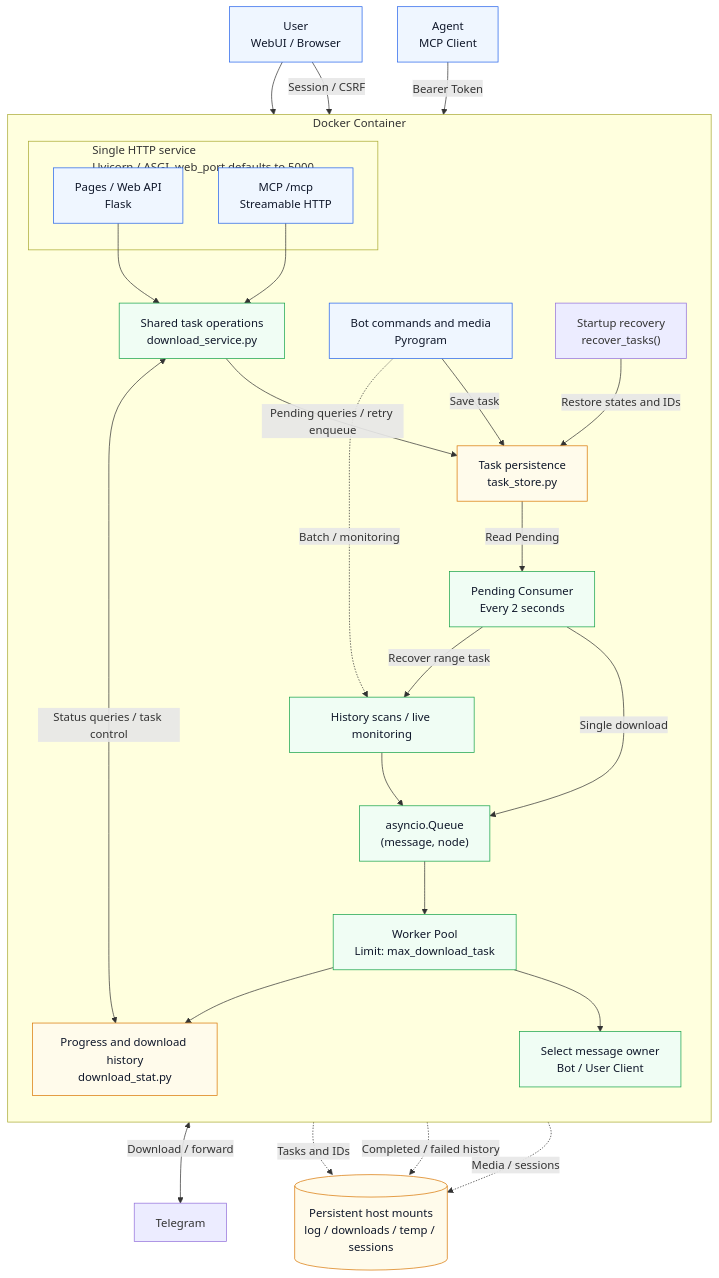
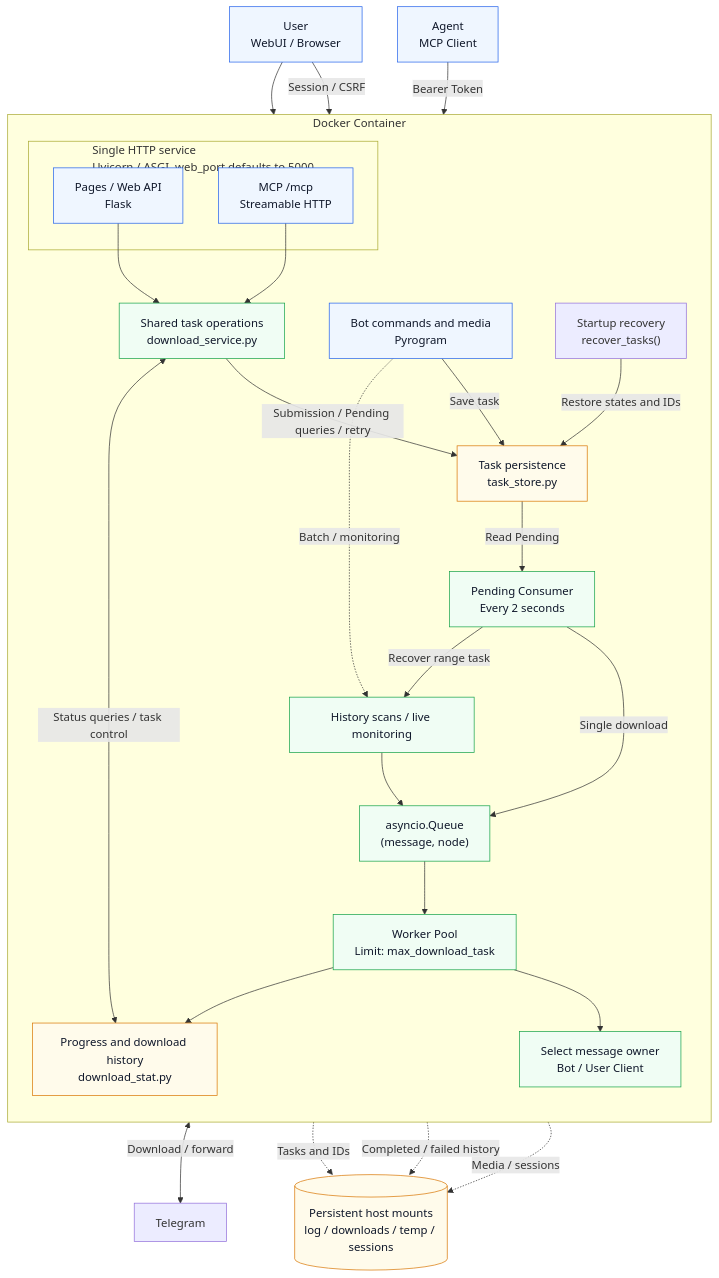
The third of 4 diagrams in README.md (smilekevin/TGPorter), drawn with Mermaid before and after one commit. The commit also changed other lines of this file and 11 other files, not shown here.

````diff
--- a/README.md
+++ b/README.md
@@ -582,55 +582,55 @@
 ```mermaid
 flowchart TB
     User["User<br/>WebUI / Browser"]
     Agent["Agent<br/>MCP Client"]
     Telegram["Telegram"]
 
     subgraph Container["Docker Container"]
         direction TB
         Bot["Bot commands and media<br/>Pyrogram"]
         subgraph HTTP["Single HTTP service<br/>Uvicorn / ASGI, web_port defaults to 5000"]
             API["Pages / Web API<br/>Flask"]
             MCP["MCP /mcp<br/>Streamable HTTP"]
         end
         Service["Shared task operations<br/>download_service.py"]
         Store["Task persistence<br/>task_store.py"]
         Recovery["Startup recovery<br/>recover_tasks()"]
         Consumer["Pending Consumer<br/>Every 2 seconds"]
         Scan["History scans / live monitoring"]
         Queue["asyncio.Queue<br/>(message, node)"]
         Workers["Worker Pool<br/>Limit: max_download_task"]
         Clients["Select message owner<br/>Bot / User Client"]
         Stats["Progress and download history<br/>download_stat.py"]
     end
 
     Data[("Persistent host mounts<br/>log / downloads / temp / sessions")]
 
     User --> Bot
     User -->|Session / CSRF| API
     Agent -->|Bearer Token| MCP
     API --> Service
     MCP --> Service
     Bot -->|Save task| Store
-    Service -->|Pending queries / retry enqueue| Store
+    Service -->|Submission / Pending queries / retry| Store
     Service <-->|Status queries / task control| Stats
     Recovery -->|Restore states and IDs| Store
     Store -->|Read Pending| Consumer
     Consumer -->|Single download| Queue
     Consumer -->|Recover range task| Scan
     Bot -.->|Batch / monitoring| Scan
     Scan --> Queue
     Queue --> Workers
     Workers --> Clients
     Clients <-->|Download / forward| Telegram
     Workers --> Stats
     Store -.->|Tasks and IDs| Data
     Stats -.->|Completed / failed history| Data
     Clients -.->|Media / sessions| Data
 
     classDef entry fill:#eff6ff,stroke:#2563eb,color:#0f172a
     classDef pipeline fill:#f0fdf4,stroke:#16a34a,color:#0f172a
     classDef storage fill:#fffbeb,stroke:#d97706,color:#0f172a
     class User,Bot,API,Agent,MCP entry
     class Service,Consumer,Scan,Queue,Workers,Clients pipeline
     class Store,Stats,Data storage
 ```
````
